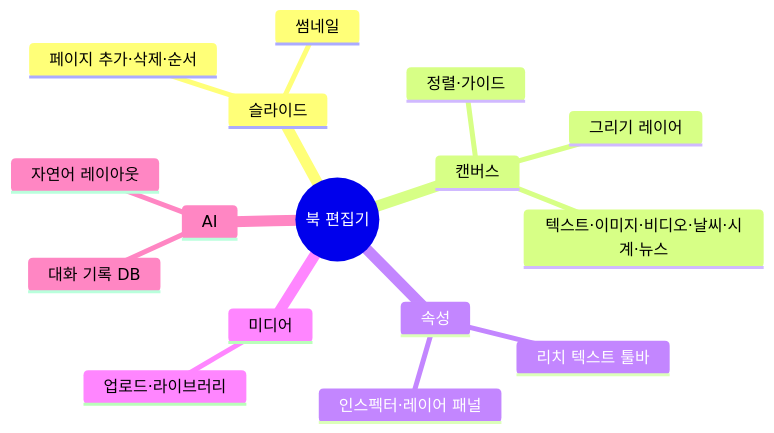
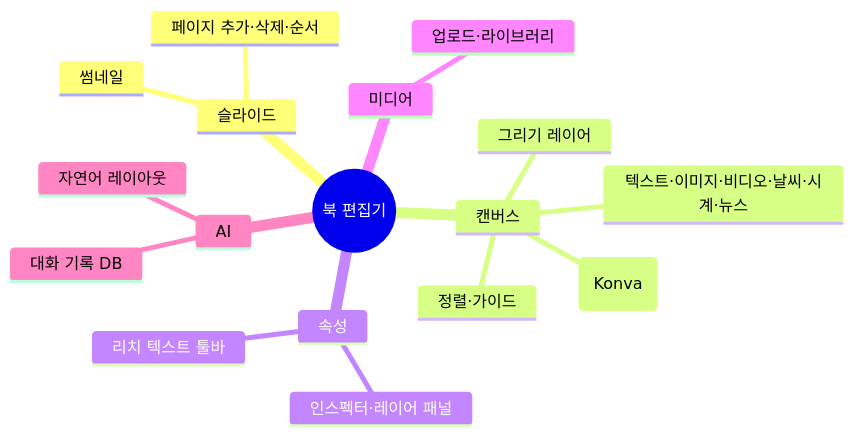
The tenth of 10 diagrams in docs/PROJECT_ARCHITECTURE.md (kspark-sqisoft/react-auth), drawn with Mermaid before and after one commit. The commit also changed other lines of this file and 18 other files, not shown here.

````diff
--- a/docs/PROJECT_ARCHITECTURE.md
+++ b/docs/PROJECT_ARCHITECTURE.md
@@ -404,19 +406,20 @@
 ```mermaid
 mindmap
   root((북 편집기))
     슬라이드
       페이지 추가·삭제·순서
       썸네일
     캔버스
       텍스트·이미지·비디오·날씨·시계·뉴스
+      Elements 도형(Konva)
       그리기 레이어
       정렬·가이드
     속성
       인스펙터·레이어 패널
       리치 텍스트 툴바
     미디어
       업로드·라이브러리
     AI
       자연어 레이아웃
       대화 기록 DB
 ```
````
